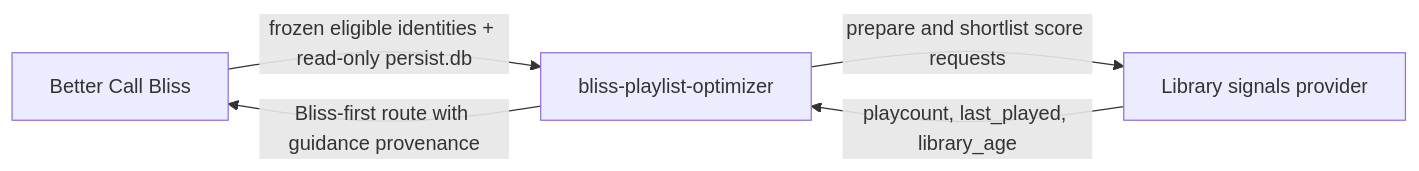
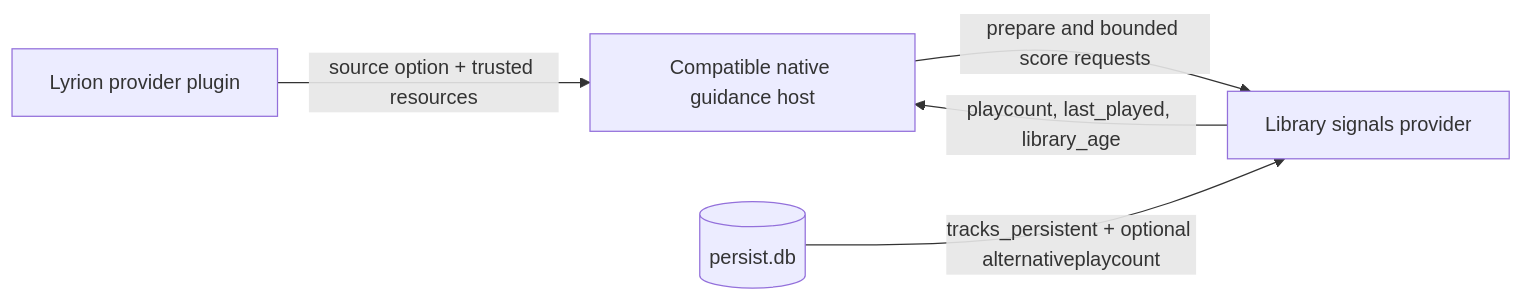
The diagram in README.md (chrober/bliss-guidance-library-signals), drawn with Mermaid before and after one commit. The commit also changed other lines of this file and 1 other file, not shown here.

Commit message:
feat: support Alternative Play Count source

````diff
--- a/README.md
+++ b/README.md
@@ -22,7 +30,7 @@
 ```mermaid
 flowchart LR
-    B[Better Call Bliss] -->|frozen eligible identities + read-only persist.db| O[bliss-playlist-optimizer]
-    O -->|prepare and shortlist score requests| P[Library signals provider]
-    P -->|playcount, last_played, library_age| O
-    O -->|Bliss-first route with guidance provenance| B
+    L[Lyrion provider plugin] -->|source option + trusted resources| H[Compatible native guidance host]
+    H -->|prepare and bounded score requests| P[Library signals provider]
+    D[(persist.db)] -->|tracks_persistent + optional alternativeplaycount| P
+    P -->|playcount, last_played, library_age| H
 ```
````
